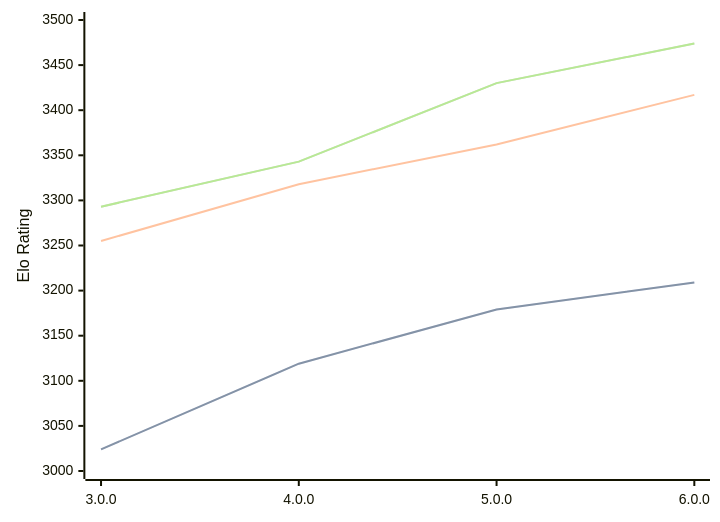
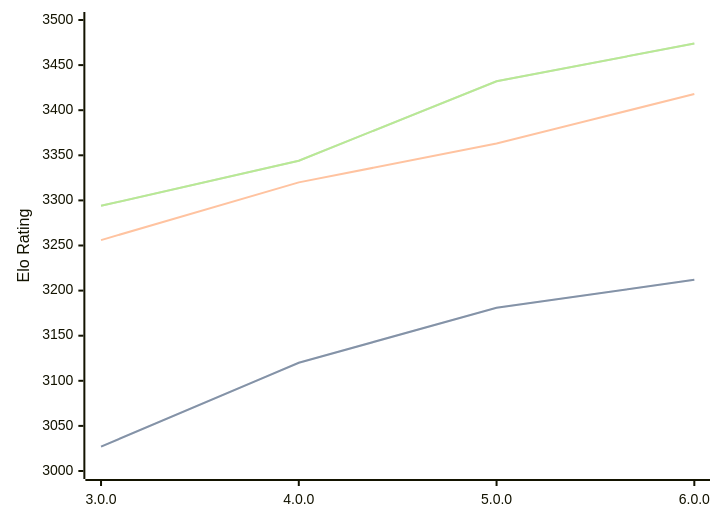
Before and after one commit to computer-chess-index/cci: the diagram in engines/Minke.md, drawn with Mermaid. The commit also changed other lines of this file, not shown here.

Commit message:
Update CCI Ratings (ELO VLTC) - 2026-05-06

````diff
--- a/engines/Minke.md
+++ b/engines/Minke.md
@@ -36,11 +36,11 @@
 ```mermaid
 %%{init: {"theme":"base","themeVariables":{"seriesColors:['#a3a3a3','#222221','#faa371']}}}%%
 xychart-beta
   x-axis ["3.0.0", "4.0.0", "5.0.0", "6.0.0"]
   y-axis "Elo Rating" 3000 --> 3500
-  line "STC (8.0+0.08s)" [3024, 3119, 3179, 3209]
-  line "STC (8.0+0.08s)" [3024, 3119, 3179, 3209]
-  line "LTC (60.0+0.60s)" [3255, 3318, 3362, 3417]
-  line "VLTC (2m24s+1.12s)" [3293, 3343, 3430, 3474]
-  line "VLTC (2m24s+1.12s)" [3293, 3343, 3430, 3474]
+  line "STC (8.0+0.08s)" [3027, 3120, 3181, 3212]
+  line "STC (8.0+0.08s)" [3027, 3120, 3181, 3212]
+  line "LTC (60.0+0.60s)" [3256, 3320, 3363, 3418]
+  line "VLTC (2m24s+1.12s)" [3294, 3344, 3432, 3474]
+  line "VLTC (2m24s+1.12s)" [3294, 3344, 3432, 3474]
 ```
````
